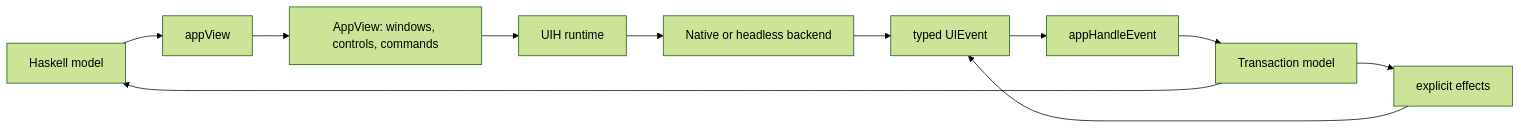
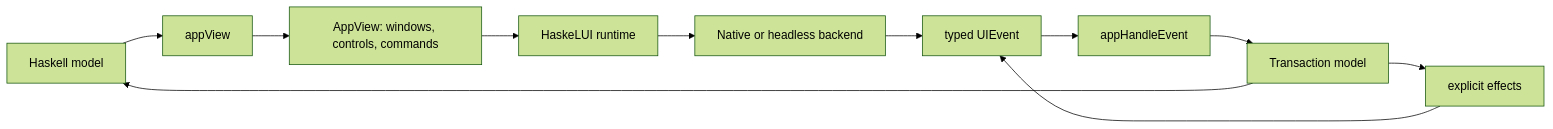
The diagram in docs/USER_GUIDE.md (aantich/haskelui), drawn with Mermaid (forest theme) before and after one commit. The commit also changed other lines of this file and 126 other files, not shown here.

````diff
--- a/docs/USER_GUIDE.md
+++ b/docs/USER_GUIDE.md
@@ -55,13 +56,13 @@
 ```mermaid
 flowchart LR
   M["Haskell model"] --> V["appView"]
   V --> D["AppView: windows, controls, commands"]
-  D --> R["UIH runtime"]
+  D --> R["HaskeLUI runtime"]
   R --> B["Native or headless backend"]
   B --> E["typed UIEvent"]
   E --> U["appHandleEvent"]
   U --> T["Transaction model"]
   T --> M
   T --> F["explicit effects"]
   F --> E
 ```
````
